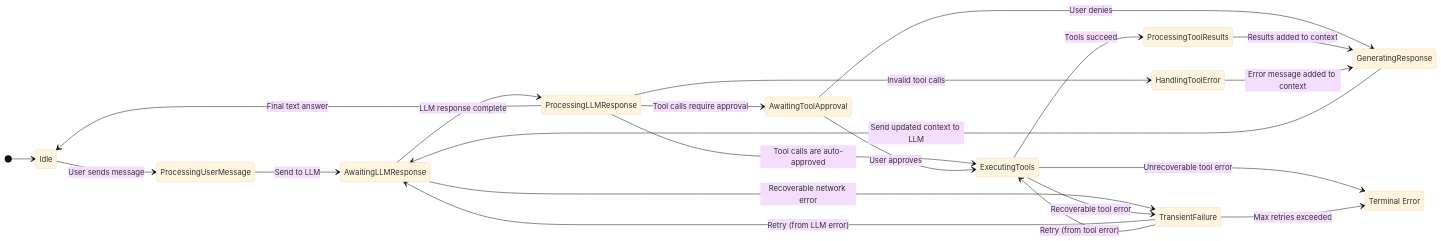
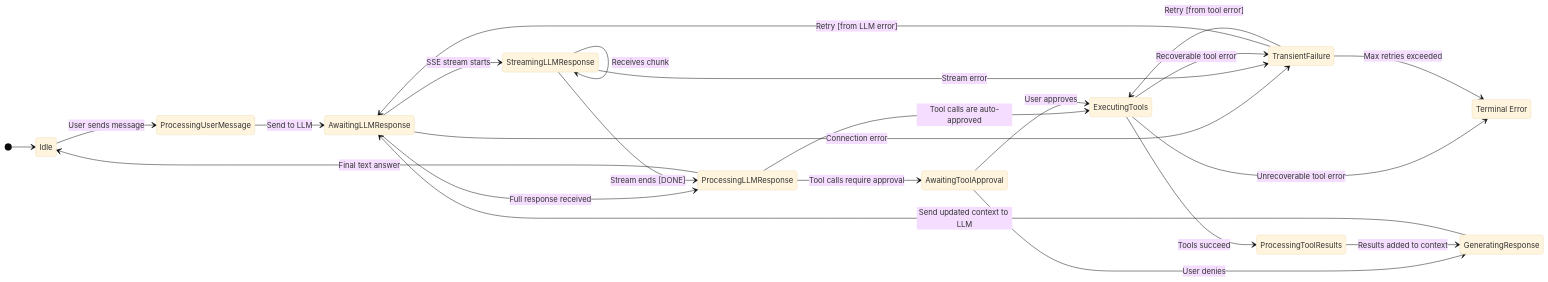
The diagram in docs/architecture/context_manager_fsm_plan.md (bigduu/copilot_client_app), drawn with Mermaid (base theme) before and after one commit. The commit also changed other lines of this file and 4 other files, not shown here.

Commit message:
feat: implement finite state machine for ChatContext to manage conversation lifecycle and enhance error handling

````diff
--- a/docs/architecture/context_manager_fsm_plan.md
+++ b/docs/architecture/context_manager_fsm_plan.md
@@ -71,25 +27,34 @@
 ```mermaid
 stateDiagram-v2
     direction LR
     [*] --> Idle
     Idle --> ProcessingUserMessage: User sends message
     ProcessingUserMessage --> AwaitingLLMResponse: Send to LLM
-    AwaitingLLMResponse --> ProcessingLLMResponse: LLM response complete
-    AwaitingLLMResponse --> TransientFailure: Recoverable network error
+    AwaitingLLMResponse --> StreamingLLMResponse: SSE stream starts
+    AwaitingLLMResponse --> ProcessingLLMResponse: Full response received
+    AwaitingLLMResponse --> TransientFailure: Connection error
+    
+    StreamingLLMResponse --> StreamingLLMResponse: Receives chunk
+    StreamingLLMResponse --> ProcessingLLMResponse: Stream ends [DONE]
+    StreamingLLMResponse --> TransientFailure: Stream error
+
     ProcessingLLMResponse --> AwaitingToolApproval: Tool calls require approval
     ProcessingLLMResponse --> ExecutingTools: Tool calls are auto-approved
-    ProcessingLLMResponse --> HandlingToolError: Invalid tool calls
     ProcessingLLMResponse --> Idle: Final text answer
+    
     AwaitingToolApproval --> ExecutingTools: User approves
     AwaitingToolApproval --> GeneratingResponse: User denies
+    
     ExecutingTools --> ProcessingToolResults: Tools succeed
     ExecutingTools --> TransientFailure: Recoverable tool error
     ExecutingTools --> Failed: Unrecoverable tool error
+    
     ProcessingToolResults --> GeneratingResponse: Results added to context
-    HandlingToolError --> GeneratingResponse: Error message added to context
     GeneratingResponse --> AwaitingLLMResponse: Send updated context to LLM
-    TransientFailure --> AwaitingLLMResponse: Retry (from LLM error)
-    TransientFailure --> ExecutingTools: Retry (from tool error)
+    
+    TransientFailure --> AwaitingLLMResponse: Retry [from LLM error]
+    TransientFailure --> ExecutingTools: Retry [from tool error]
     TransientFailure --> Failed: Max retries exceeded
+    
     state "Terminal Error" as Failed
 ```
````
